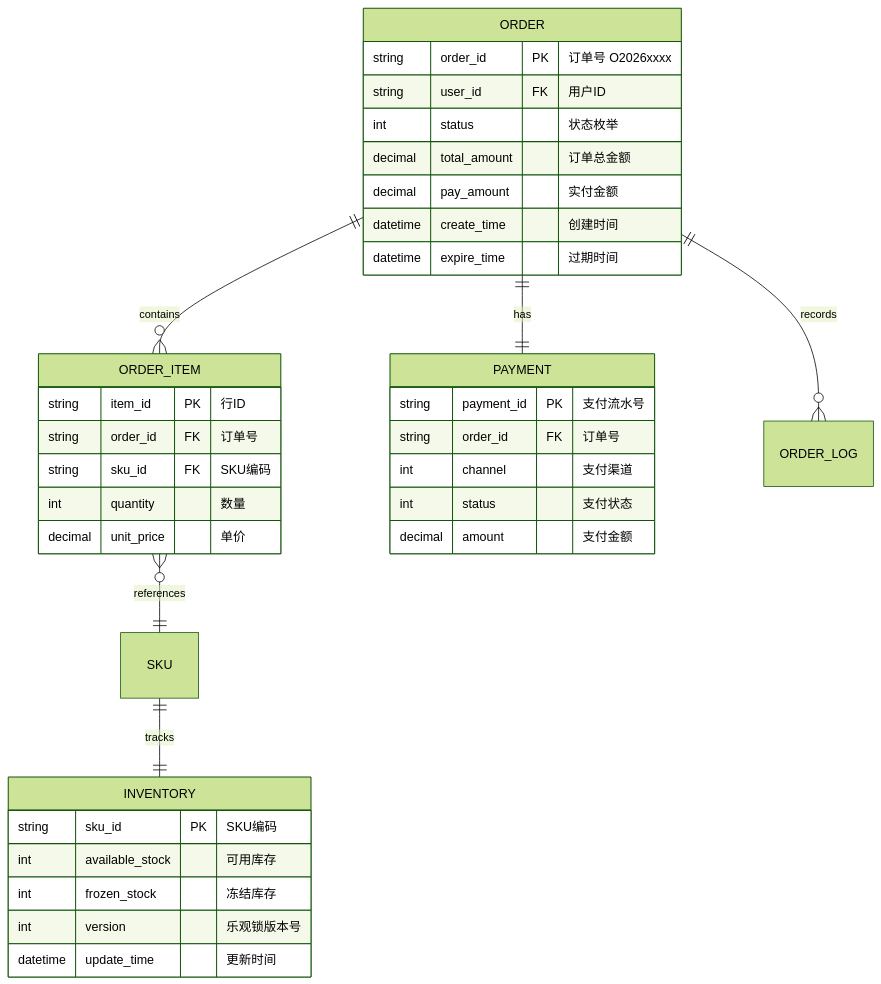
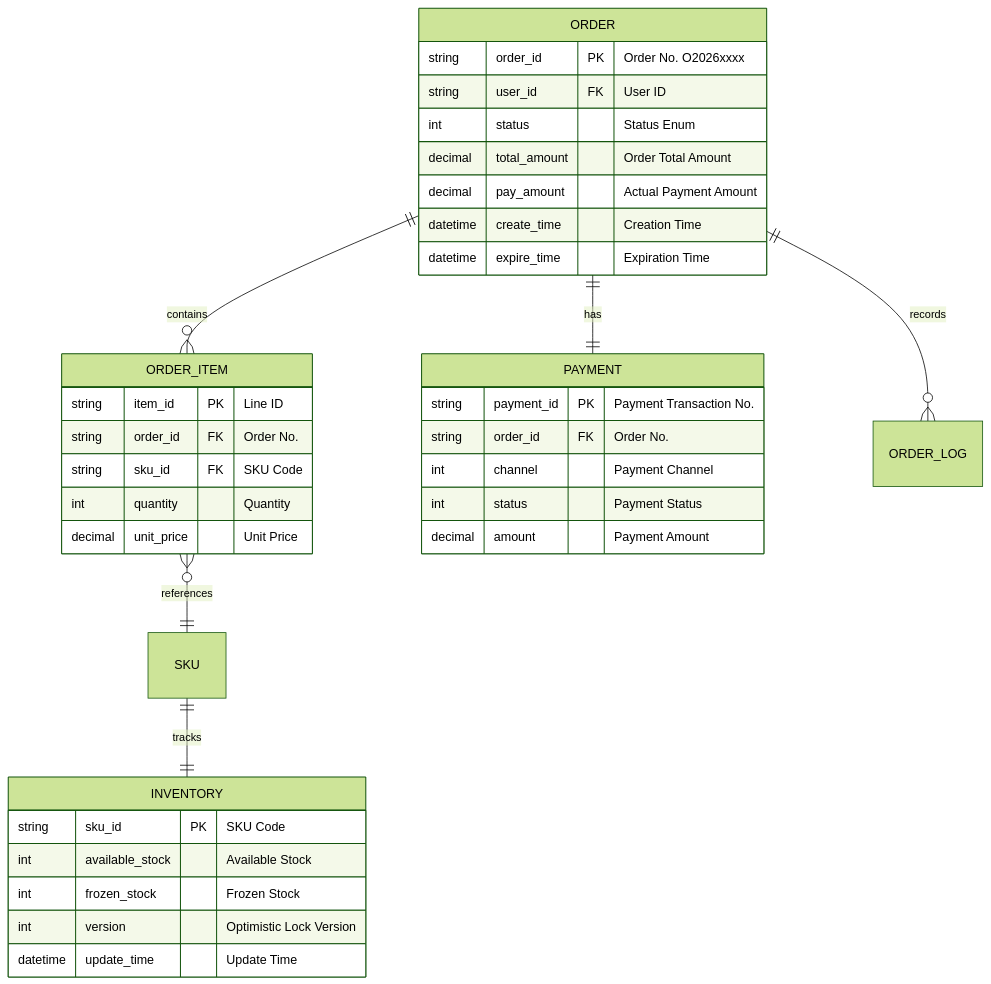
One commit to Kirky-X/cangjie changed the fourth of 11 diagrams in templates/产品/产品层/【模板】功能需求文档.md. Above: the diagram before and after it, drawn with Mermaid (forest theme). The commit also changed other lines of this file and 46 other files, not shown here.

````diff
--- a/templates/产品/产品层/【模板】功能需求文档.md
+++ b/templates/产品/产品层/【模板】功能需求文档.md
@@ -170,42 +170,42 @@
 ```mermaid
 erDiagram
     ORDER ||--o{ ORDER_ITEM : contains
     ORDER ||--|| PAYMENT : has
     ORDER ||--o{ ORDER_LOG : records
     ORDER_ITEM }o--|| SKU : references
     SKU ||--|| INVENTORY : tracks
 
     ORDER {
-        string order_id PK "订单号 O2026xxxx"
-        string user_id FK "用户ID"
-        int status "状态枚举"
-        decimal total_amount "订单总金额"
-        decimal pay_amount "实付金额"
-        datetime create_time "创建时间"
-        datetime expire_time "过期时间"
+        string order_id PK "Order No. O2026xxxx"
+        string user_id FK "User ID"
+        int status "Status Enum"
+        decimal total_amount "Order Total Amount"
+        decimal pay_amount "Actual Payment Amount"
+        datetime create_time "Creation Time"
+        datetime expire_time "Expiration Time"
     }
 
     ORDER_ITEM {
-        string item_id PK "行ID"
-        string order_id FK "订单号"
-        string sku_id FK "SKU编码"
-        int quantity "数量"
-        decimal unit_price "单价"
+        string item_id PK "Line ID"
+        string order_id FK "Order No."
+        string sku_id FK "SKU Code"
+        int quantity "Quantity"
+        decimal unit_price "Unit Price"
     }
 
     INVENTORY {
-        string sku_id PK "SKU编码"
-        int available_stock "可用库存"
-        int frozen_stock "冻结库存"
-        int version "乐观锁版本号"
-        datetime update_time "更新时间"
+        string sku_id PK "SKU Code"
+        int available_stock "Available Stock"
+        int frozen_stock "Frozen Stock"
+        int version "Optimistic Lock Version"
+        datetime update_time "Update Time"
     }
 
     PAYMENT {
-        string payment_id PK "支付流水号"
-        string order_id FK "订单号"
-        int channel "支付渠道"
-        int status "支付状态"
-        decimal amount "支付金额"
+        string payment_id PK "Payment Transaction No."
+        string order_id FK "Order No."
+        int channel "Payment Channel"
+        int status "Payment Status"
+        decimal amount "Payment Amount"
     }
 ```
````
